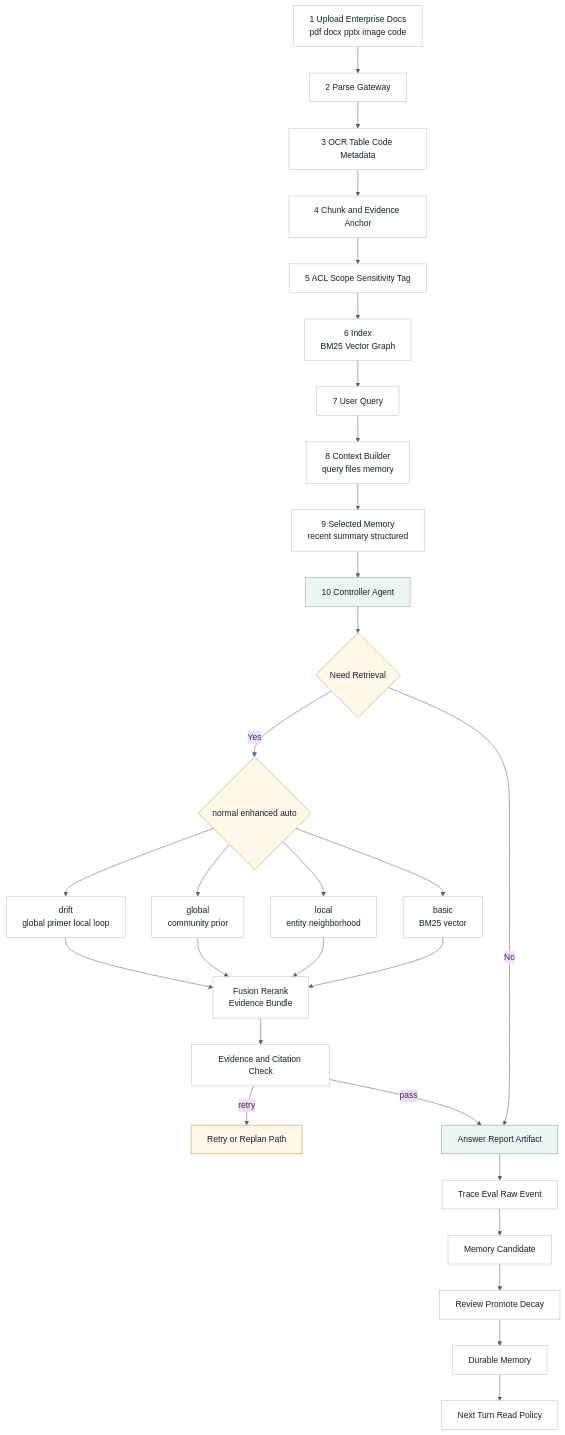
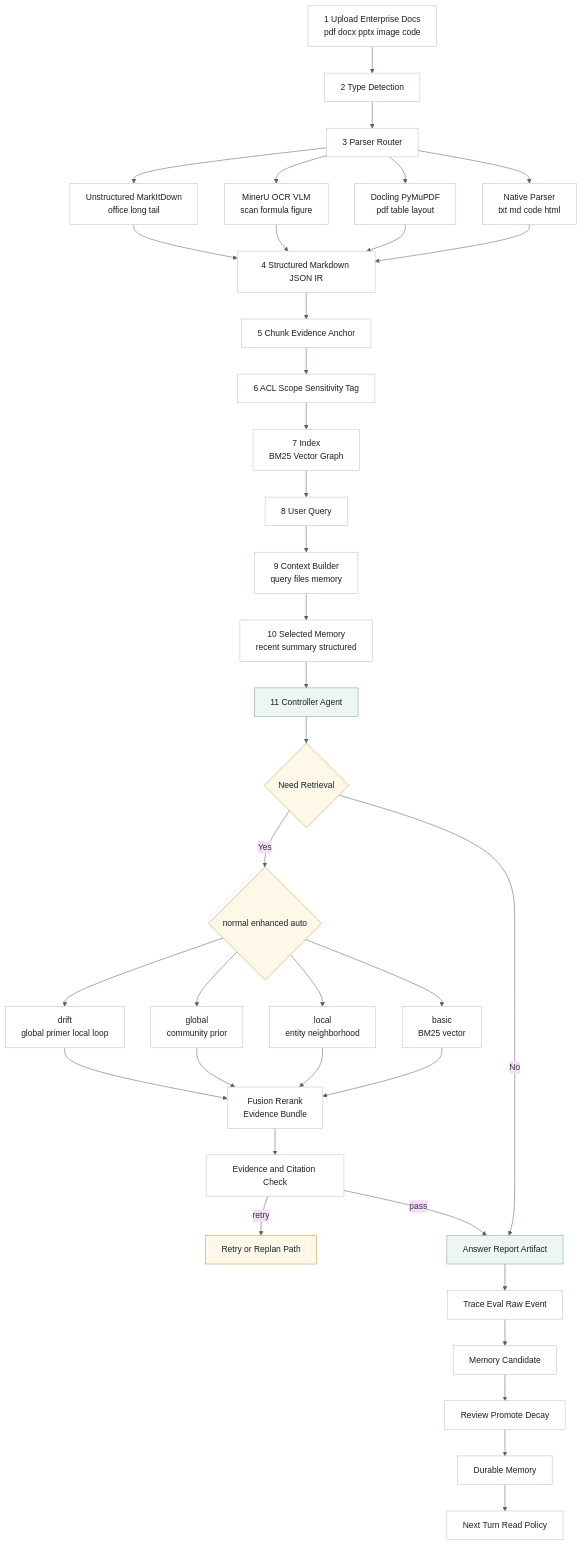
The fifth of 10 diagrams in .agent/architecture/architecture.md (ProfessorZhi/Zuno), drawn with Mermaid before and after one commit. The commit also changed other lines of this file and 18 other files, not shown here.

Commit message:
docs: absorb latest architecture research blueprint

````diff
--- a/.agent/architecture/architecture.md
+++ b/.agent/architecture/architecture.md
@@ -549,48 +615,58 @@
 ```mermaid
 %%{init: {"theme": "base", "themeVariables": {"background": "#f7f8fb", "lineColor": "#52616f"}}}%%
 flowchart TB
   classDef node fill:#ffffff,stroke:#b8c2cc,stroke-width:1px,color:#16202a;
   classDef decision fill:#fff8e8,stroke:#c59b43,stroke-width:1px,color:#16202a;
   classDef accent fill:#eef6f3,stroke:#7aa59a,stroke-width:1px,color:#16202a;
 
   UPLOAD["1 Upload Enterprise Docs<br/>pdf docx pptx image code"]
-  PARSE["2 Parse Gateway"]
-  NORMALIZE["3 OCR Table Code Metadata"]
-  CHUNK["4 Chunk and Evidence Anchor"]
-  ACL["5 ACL Scope Sensitivity Tag"]
-  INDEX["6 Index<br/>BM25 Vector Graph"]
-  QUERY["7 User Query"]
-  CONTEXT["8 Context Builder<br/>query files memory"]
-  MEMORY["9 Selected Memory<br/>recent summary structured"]
-  AGENT["10 Controller Agent"]:::accent
+  TYPE["2 Type Detection"]
+  ROUTEPARSE["3 Parser Router"]
+  NATIVE["Native Parser<br/>txt md code html"]
+  DOCLING["Docling PyMuPDF<br/>pdf table layout"]
+  MINERU["MinerU OCR VLM<br/>scan formula figure"]
+  UNSTRUCT["Unstructured MarkItDown<br/>office long tail"]
+  NORMALIZE["4 Structured Markdown JSON IR"]
+  CHUNK["5 Chunk Evidence Anchor"]
+  ACL["6 ACL Scope Sensitivity Tag"]
+  INDEX["7 Index<br/>BM25 Vector Graph"]
+  QUERY["8 User Query"]
+  CONTEXT["9 Context Builder<br/>query files memory"]
+  MEMORY["10 Selected Memory<br/>recent summary structured"]
+  AGENT["11 Controller Agent"]:::accent
   NEED{"Need Retrieval"}:::decision
   MODE{"normal enhanced auto"}:::decision
   BASIC["basic<br/>BM25 vector"]
   LOCAL["local<br/>entity neighborhood"]
   GLOBAL["global<br/>community prior"]
   DRIFT["drift<br/>global primer local loop"]
   FUSION["Fusion Rerank<br/>Evidence Bundle"]
   EVID["Evidence and Citation Check"]
   RETRY["Retry or Replan Path"]:::decision
   ANSWER["Answer Report Artifact"]:::accent
   TRACE["Trace Eval Raw Event"]
   MEMCAND["Memory Candidate"]
   REVIEW["Review Promote Decay"]
   MEMSTORE["Durable Memory"]
   NEXTREAD["Next Turn Read Policy"]
 
-  UPLOAD --> PARSE --> NORMALIZE --> CHUNK --> ACL --> INDEX
+  UPLOAD --> TYPE --> ROUTEPARSE
+  ROUTEPARSE --> NATIVE --> NORMALIZE
+  ROUTEPARSE --> DOCLING --> NORMALIZE
+  ROUTEPARSE --> MINERU --> NORMALIZE
+  ROUTEPARSE --> UNSTRUCT --> NORMALIZE
+  NORMALIZE --> CHUNK --> ACL --> INDEX
   INDEX --> QUERY --> CONTEXT --> MEMORY --> AGENT --> NEED
   NEED -->|No| ANSWER
   NEED -->|Yes| MODE
   MODE --> BASIC --> FUSION
   MODE --> LOCAL --> FUSION
   MODE --> GLOBAL --> FUSION
   MODE --> DRIFT --> FUSION
   FUSION --> EVID
   EVID -->|retry| RETRY
   EVID -->|pass| ANSWER
   ANSWER --> TRACE --> MEMCAND --> REVIEW --> MEMSTORE
   MEMSTORE --> NEXTREAD
-  class UPLOAD,PARSE,NORMALIZE,CHUNK,ACL,INDEX,QUERY,CONTEXT,MEMORY,BASIC,LOCAL,GLOBAL,DRIFT,FUSION,EVID,TRACE,MEMCAND,REVIEW,MEMSTORE,NEXTREAD node;
+  class UPLOAD,TYPE,ROUTEPARSE,NATIVE,DOCLING,MINERU,UNSTRUCT,NORMALIZE,CHUNK,ACL,INDEX,QUERY,CONTEXT,MEMORY,BASIC,LOCAL,GLOBAL,DRIFT,FUSION,EVID,TRACE,MEMCAND,REVIEW,MEMSTORE,NEXTREAD node;
 ```
````
